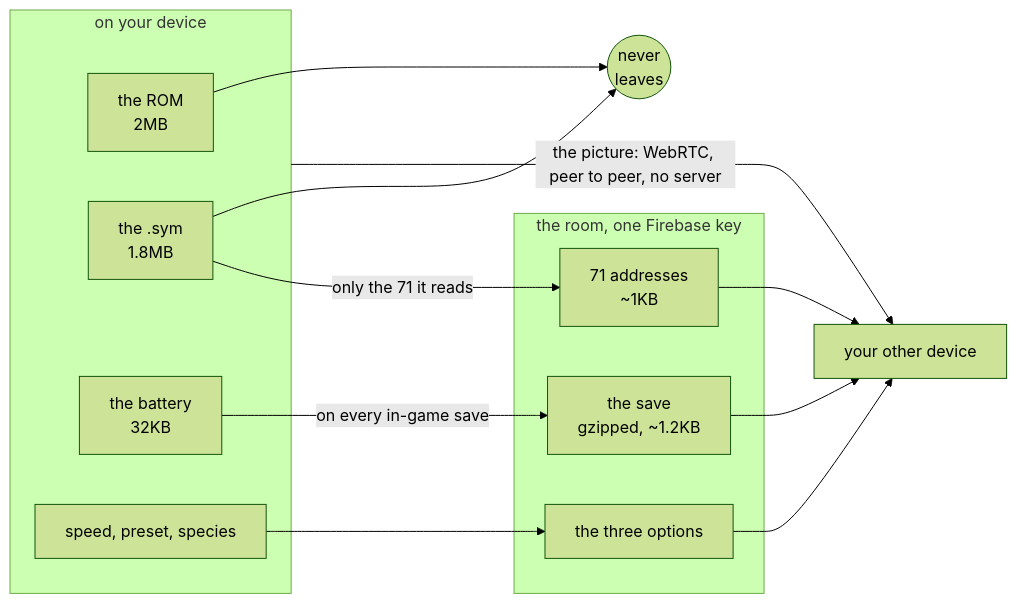
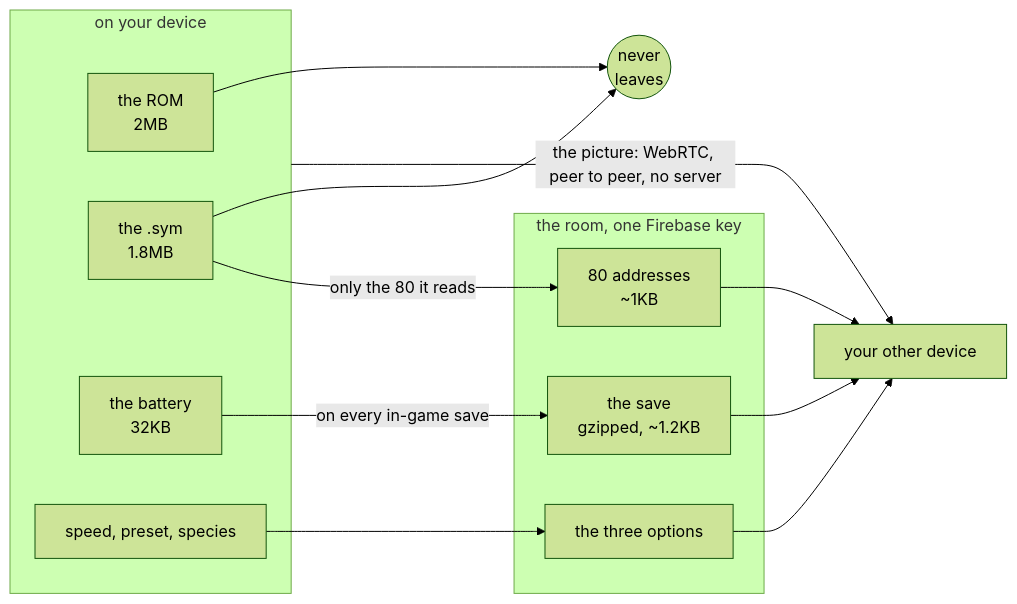
One commit to minormending/crystal-pilot-mobile changed the second of 2 diagrams in docs/DEVICES.md. Above: the diagram before and after it, drawn with Mermaid (forest theme). The commit also changed other lines of this file and 11 other files, not shown here.

````diff
--- a/docs/DEVICES.md
+++ b/docs/DEVICES.md
@@ -327,25 +327,25 @@
 ```mermaid
 flowchart LR
     subgraph D["on your device"]
         ROM["the ROM<br/>2MB"]
         SYM["the .sym<br/>1.8MB"]
         SAVE["the battery<br/>32KB"]
         OPT["speed, preset, species"]
     end
     STOP(("never<br/>leaves"))
     subgraph R["the room, one Firebase key"]
-        A["71 addresses<br/>~1KB"]
+        A["80 addresses<br/>~1KB"]
         S["the save<br/>gzipped, ~1.2KB"]
         O["the three options"]
     end
     OTHER["your other device"]
     ROM --> STOP
     SYM --> STOP
-    SYM -->|"only the 71 it reads"| A
+    SYM -->|"only the 80 it reads"| A
     SAVE -->|"on every in-game save"| S
     OPT --> O
     A --> OTHER
     S --> OTHER
     O --> OTHER
     D -->|"the picture: WebRTC, peer to peer, no server"| OTHER
 ```
````
